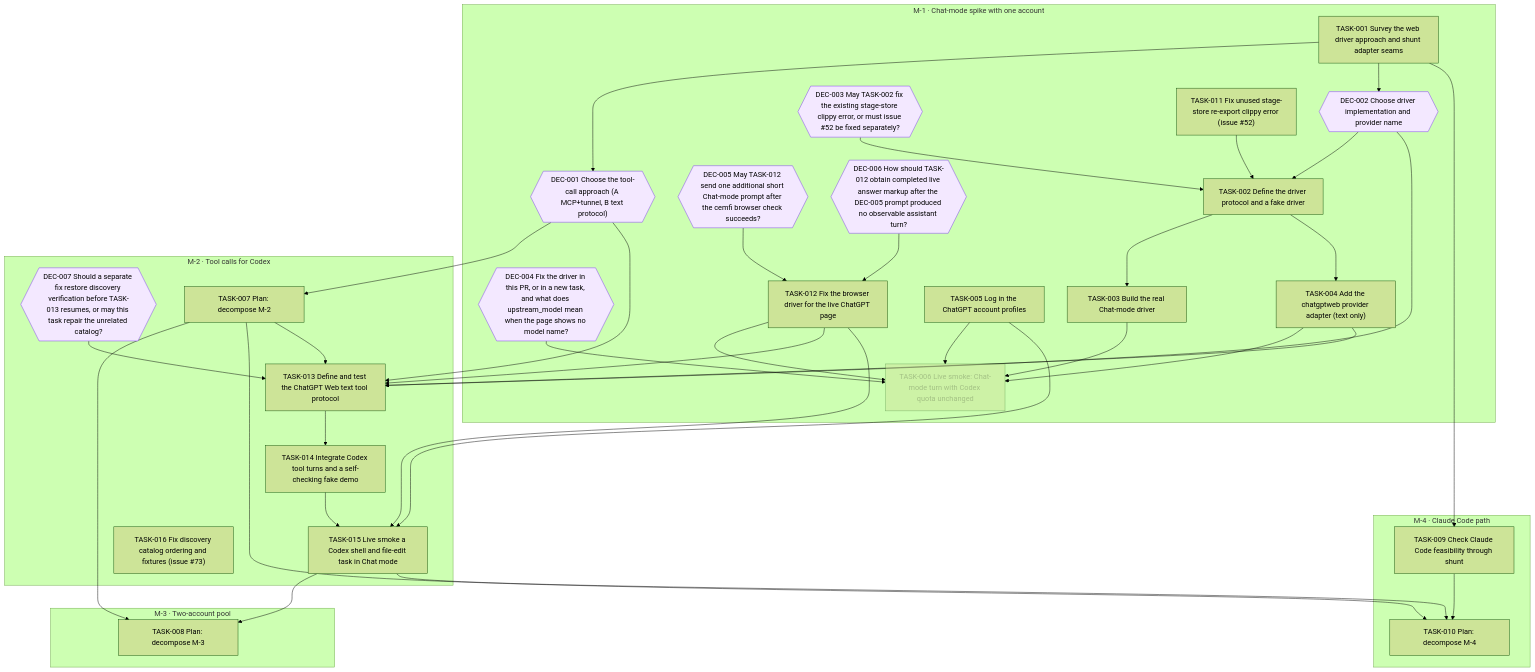
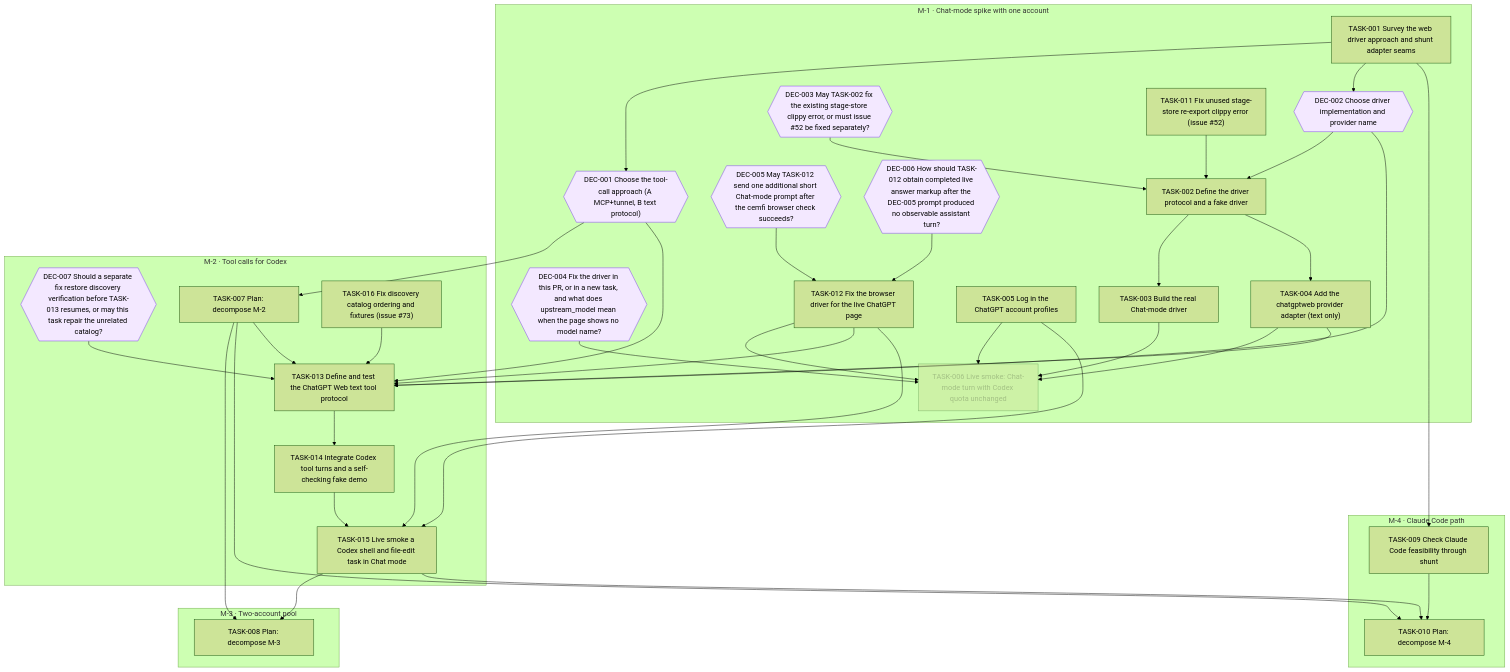
Before and after one commit to jesusvillota/shunt: the diagram in goals/chatgptweb-provider/README.md, drawn with Mermaid (forest theme). The commit also changed 1 other file, not shown here.

Commit message:
goal(chatgptweb-provider): link TASK-013 after TASK-016

````diff
--- a/goals/chatgptweb-provider/README.md
+++ b/goals/chatgptweb-provider/README.md
@@ -132,76 +132,77 @@
 ```mermaid
 flowchart TD
   subgraph M_1["M-1 · Chat-mode spike with one account"]
     DEC_001{{"DEC-001 Choose the tool-call approach (A MCP+tunnel, B text protocol)"}}
     DEC_002{{"DEC-002 Choose driver implementation and provider name"}}
     DEC_003{{"DEC-003 May TASK-002 fix the existing stage-store clippy error, or must issue #52 be fixed separately?"}}
     DEC_004{{"DEC-004 Fix the driver in this PR, or in a new task, and what does upstream_model mean when the page shows no model name?"}}
     DEC_005{{"DEC-005 May TASK-012 send one additional short Chat-mode prompt after the cemfi browser check succeeds?"}}
     DEC_006{{"DEC-006 How should TASK-012 obtain completed live answer markup after the DEC-005 prompt produced no observable assistant turn?"}}
     TASK_001["TASK-001 Survey the web driver approach and shunt adapter seams"]
     TASK_002["TASK-002 Define the driver protocol and a fake driver"]
     TASK_003["TASK-003 Build the real Chat-mode driver"]
     TASK_004["TASK-004 Add the chatgptweb provider adapter (text only)"]
     TASK_005["TASK-005 Log in the ChatGPT account profiles"]
     TASK_006["TASK-006 Live smoke: Chat-mode turn with Codex quota unchanged"]
     TASK_011["TASK-011 Fix unused stage-store re-export clippy error (issue #52)"]
     TASK_012["TASK-012 Fix the browser driver for the live ChatGPT page"]
   end
   subgraph M_2["M-2 · Tool calls for Codex"]
     DEC_007{{"DEC-007 Should a separate fix restore discovery verification before TASK-013 resumes, or may this task repair the unrelated catalog?"}}
     TASK_007["TASK-007 Plan: decompose M-2"]
     TASK_013["TASK-013 Define and test the ChatGPT Web text tool protocol"]
     TASK_014["TASK-014 Integrate Codex tool turns and a self-checking fake demo"]
     TASK_015["TASK-015 Live smoke a Codex shell and file-edit task in Chat mode"]
     TASK_016["TASK-016 Fix discovery catalog ordering and fixtures (issue #73)"]
   end
   subgraph M_3["M-3 · Two-account pool"]
     TASK_008["TASK-008 Plan: decompose M-3"]
   end
   subgraph M_4["M-4 · Claude Code path"]
     TASK_009["TASK-009 Check Claude Code feasibility through shunt"]
     TASK_010["TASK-010 Plan: decompose M-4"]
   end
   TASK_001 --> DEC_001
   TASK_001 --> DEC_002
   DEC_002 --> TASK_002
   DEC_003 --> TASK_002
   TASK_011 --> TASK_002
   TASK_002 --> TASK_003
   TASK_002 --> TASK_004
   TASK_003 --> TASK_006
   TASK_004 --> TASK_006
   TASK_005 --> TASK_006
   DEC_004 --> TASK_006
   TASK_012 --> TASK_006
   DEC_001 --> TASK_007
   TASK_007 --> TASK_008
   TASK_015 --> TASK_008
   TASK_001 --> TASK_009
   TASK_007 --> TASK_010
   TASK_009 --> TASK_010
   TASK_015 --> TASK_010
   DEC_005 --> TASK_012
   DEC_006 --> TASK_012
   TASK_007 --> TASK_013
   TASK_004 --> TASK_013
   TASK_012 --> TASK_013
   DEC_001 --> TASK_013
   DEC_002 --> TASK_013
   DEC_007 --> TASK_013
+  TASK_016 --> TASK_013
   TASK_013 --> TASK_014
   TASK_014 --> TASK_015
   TASK_005 --> TASK_015
   TASK_012 --> TASK_015
   classDef draft stroke-dasharray: 4 3
   classDef cancelled opacity:0.45
   classDef decision fill:#f3e8ff,stroke:#7c3aed
   class TASK_006 cancelled
   class DEC_001 decision
   class DEC_002 decision
   class DEC_003 decision
   class DEC_004 decision
   class DEC_005 decision
   class DEC_006 decision
   class DEC_007 decision
 ```
````
